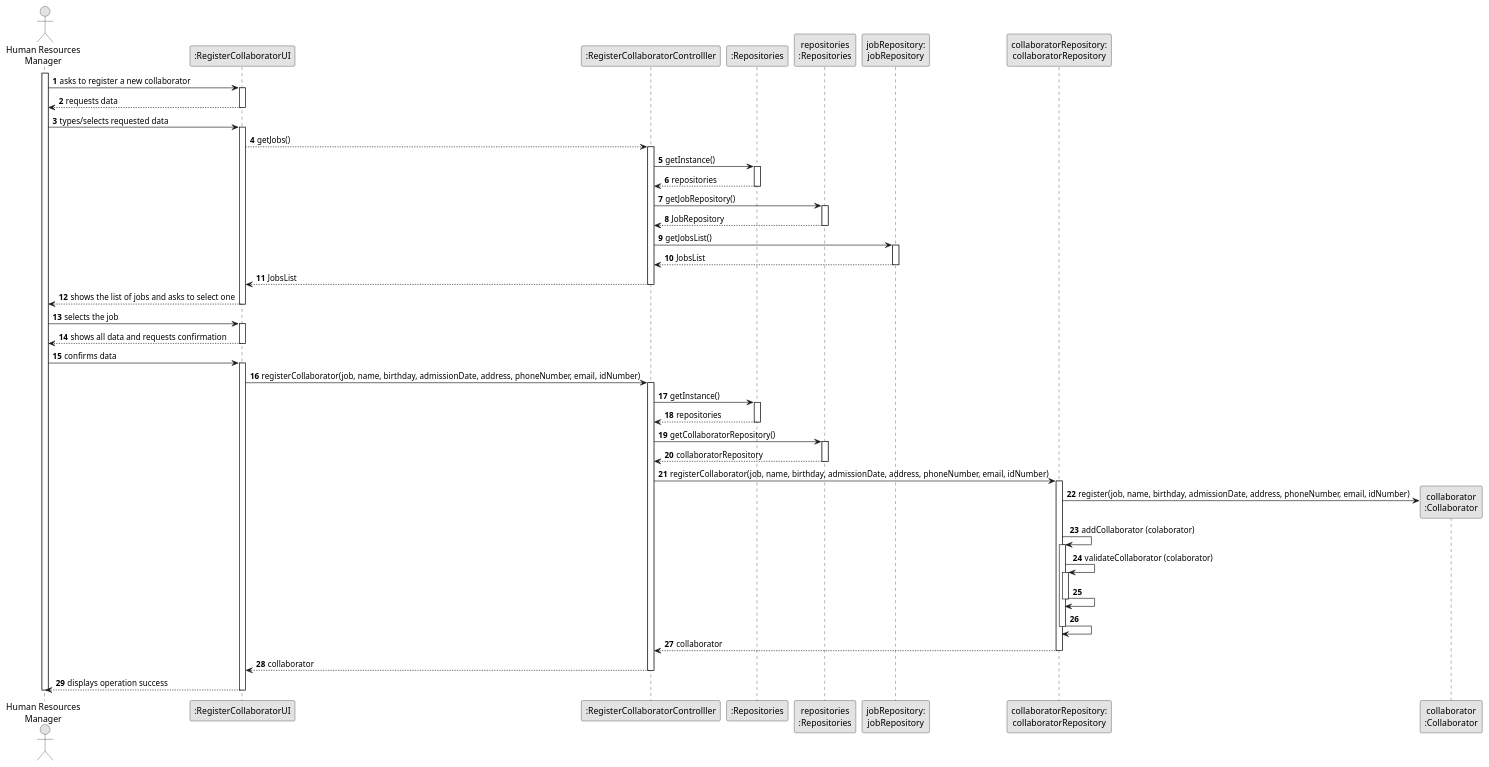
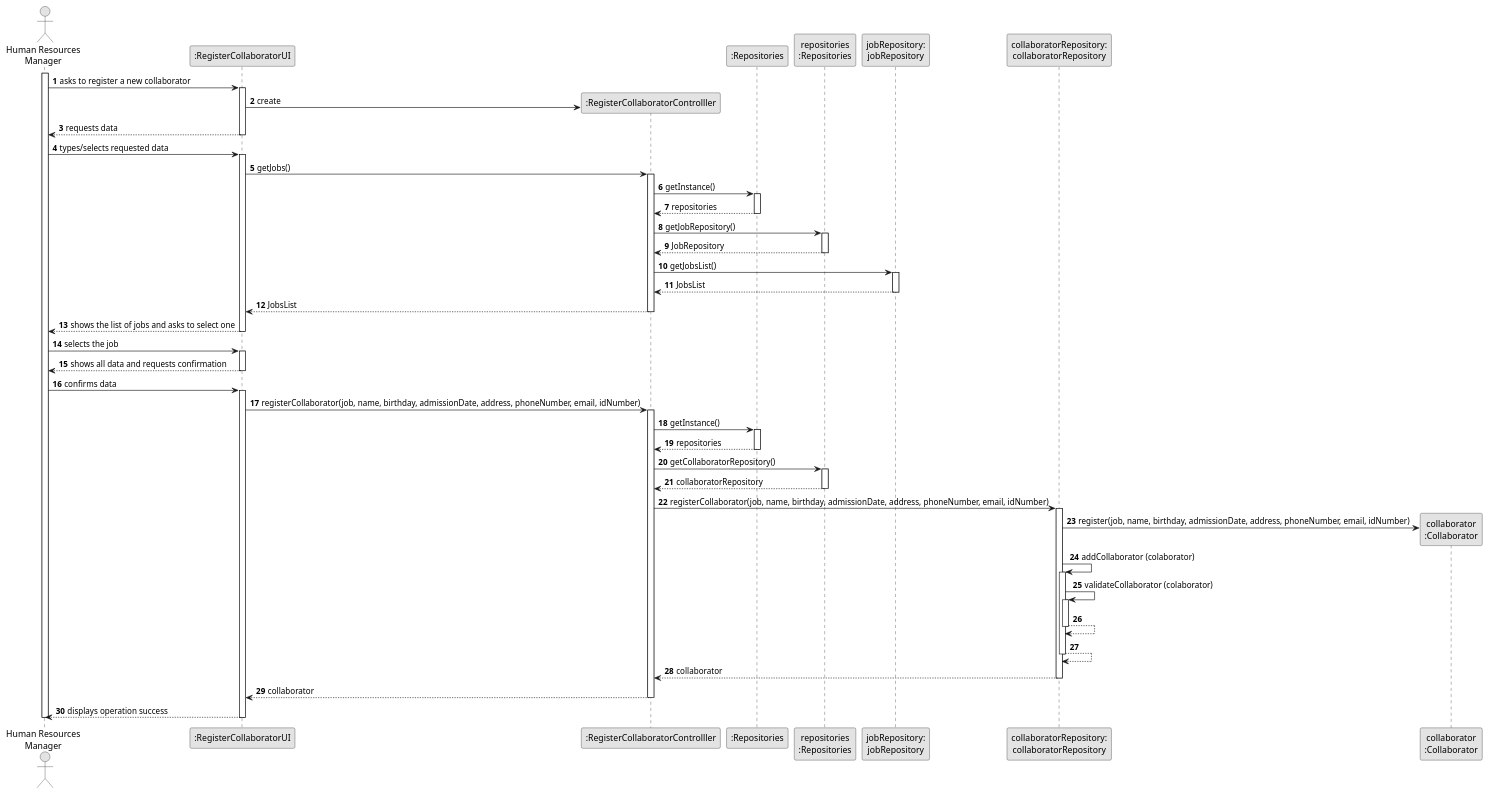
Before and after one commit to daniel41silva05/ISEP_2023_2024_LAPR2: the diagram in docs/sprintA&B/us003/03.design/puml/us003-sequence-diagram-full.puml, drawn with PlantUML. The commit also changed 3 other files, not shown here.

```diff
--- a/docs/sprintA&B/us003/03.design/puml/us003-sequence-diagram-full.puml
+++ b/docs/sprintA&B/us003/03.design/puml/us003-sequence-diagram-full.puml
@@ -1,108 +1,110 @@
 @startuml
 skinparam monochrome true
 skinparam packageStyle rectangle
 skinparam shadowing false
 
 autonumber
 
 'hide footbox
 actor "Human Resources\nManager" as HRM
 participant ":RegisterCollaboratorUI" as UI
 participant ":RegisterCollaboratorControlller" as CTRL
 participant ":Repositories" as REP
 participant "repositories\n:Repositories" as REPS
 participant "jobRepository:\njobRepository" as jobRepository
 participant "collaboratorRepository:\ncollaboratorRepository" as collaboratorRepository
 participant "collaborator\n:Collaborator" as COLLABORATOR
 
 activate HRM
 
     HRM -> UI : asks to register a new collaborator
     activate UI
 
+        UI -> CTRL** : create
+
     UI --> HRM : requests data
     deactivate UI
 
     HRM -> UI : types/selects requested data
     activate UI
 
-        UI --> CTRL : getJobs()
+        UI -> CTRL : getJobs()
         activate CTRL
 
             CTRL -> REP : getInstance()
             activate REP
 
             REP --> CTRL: repositories
             deactivate REP
 
             CTRL -> REPS : getJobRepository()
             activate REPS
 
             REPS --> CTRL: JobRepository
             deactivate REPS
 
             CTRL -> jobRepository: getJobsList()
             activate jobRepository
 
             jobRepository --> CTRL : JobsList
             deactivate jobRepository
 
             CTRL --> UI : JobsList
             deactivate CTRL
 
     UI --> HRM : shows the list of jobs and asks to select one
     deactivate UI
 
     HRM -> UI : selects the job
     activate UI
 
     UI --> HRM : shows all data and requests confirmation
     deactivate UI
 
     HRM -> UI : confirms data
     activate UI
 
         UI -> CTRL: registerCollaborator(job, name, birthday, admissionDate, address, phoneNumber, email, idNumber)
         activate CTRL
 
             CTRL -> REP: getInstance()
             activate REP
 
             REP --> CTRL: repositories
             deactivate REP
 
             CTRL -> REPS: getCollaboratorRepository()
             activate REPS
 
             REPS --> CTRL: collaboratorRepository
             deactivate REPS
 
             CTRL -> collaboratorRepository: registerCollaborator(job, name, birthday, admissionDate, address, phoneNumber, email, idNumber)
             activate collaboratorRepository
 
                 collaboratorRepository -> COLLABORATOR** : register(job, name, birthday, admissionDate, address, phoneNumber, email, idNumber)
 
                 collaboratorRepository -> collaboratorRepository: addCollaborator (colaborator)
                 activate collaboratorRepository
 
                 collaboratorRepository -> collaboratorRepository: validateCollaborator (colaborator)
                 activate collaboratorRepository
 
-                collaboratorRepository -> collaboratorRepository
+                collaboratorRepository --> collaboratorRepository
                 deactivate collaboratorRepository
 
-                collaboratorRepository -> collaboratorRepository
+                collaboratorRepository --> collaboratorRepository
                 deactivate collaboratorRepository
 
             collaboratorRepository --> CTRL: collaborator
             deactivate collaboratorRepository
 
         CTRL --> UI: collaborator
         deactivate CTRL
 
     UI --> HRM: displays operation success
     deactivate UI
 
 deactivate HRM
 
 @enduml
```
